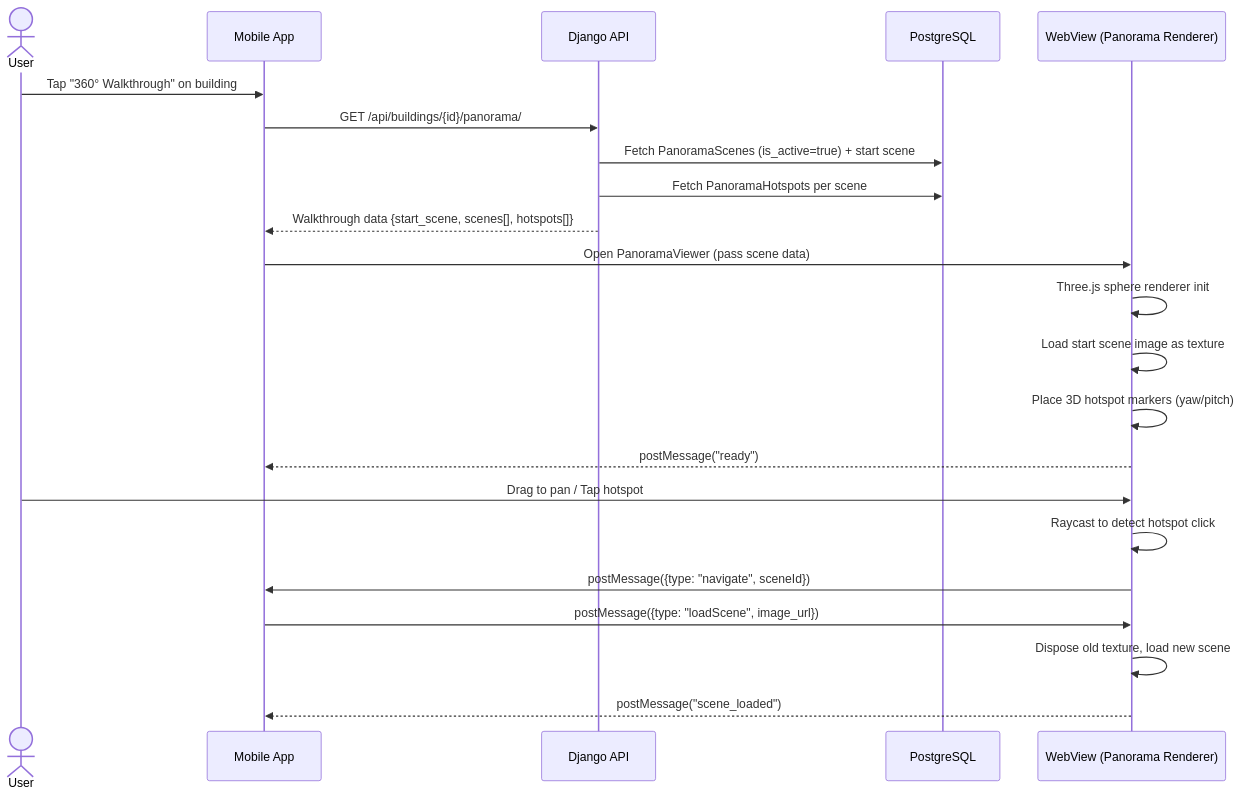
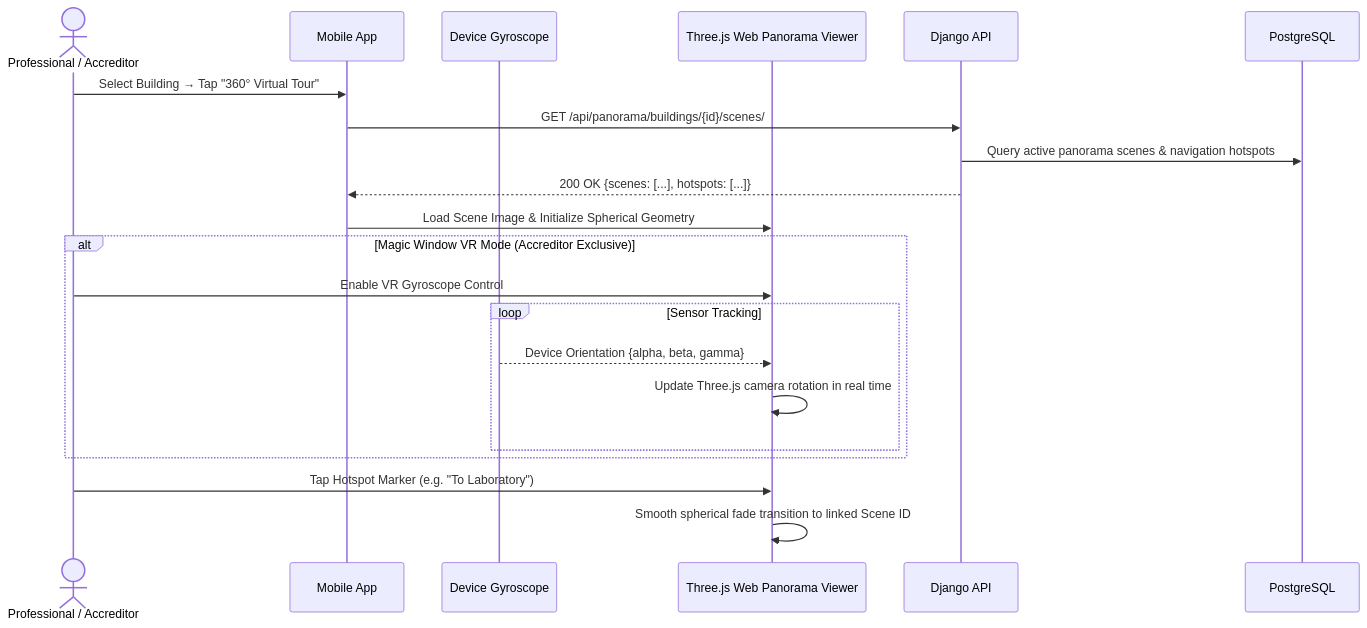
Before and after one commit to Cipher-Syntax/ARQuest: the fifth of 8 diagrams in data-flow.md, drawn with Mermaid. The commit also changed other lines of this file and 10 other files, not shown here.

Commit message:
feat(web): redesign Admin Dashboard with real-time KPIs, foot traffic charts, and content coverage; synchronize all 9 system architecture docs

````diff
--- a/data-flow.md
+++ b/data-flow.md
@@ -167,27 +140,26 @@
 ```mermaid
 sequenceDiagram
-    actor User
+    actor Accreditor as Professional / Accreditor
     participant App as Mobile App
+    participant Gyro as Device Gyroscope
+    participant ThreeJS as Three.js Web Panorama Viewer
     participant API as Django API
     participant DB as PostgreSQL
-    participant WebView as WebView (Panorama Renderer)
 
-    User->>App: Tap "360° Walkthrough" on building
-    App->>API: GET /api/buildings/{id}/panorama/
-    API->>DB: Fetch PanoramaScenes (is_active=true) + start scene
-    API->>DB: Fetch PanoramaHotspots per scene
-    API-->>App: Walkthrough data {start_scene, scenes[], hotspots[]}
+    Accreditor->>App: Select Building → Tap "360° Virtual Tour"
+    App->>API: GET /api/panorama/buildings/{id}/scenes/
+    API->>DB: Query active panorama scenes & navigation hotspots
+    API-->>App: 200 OK {scenes: [...], hotspots: [...]}
+    App->>ThreeJS: Load Scene Image & Initialize Spherical Geometry
 
-    App->>WebView: Open PanoramaViewer (pass scene data)
-    WebView->>WebView: Three.js sphere renderer init
-    WebView->>WebView: Load start scene image as texture
-    WebView->>WebView: Place 3D hotspot markers (yaw/pitch)
-    WebView-->>App: postMessage("ready")
+    alt Magic Window VR Mode (Accreditor Exclusive)
+        Accreditor->>ThreeJS: Enable VR Gyroscope Control
+        loop Sensor Tracking
+            Gyro-->>ThreeJS: Device Orientation {alpha, beta, gamma}
+            ThreeJS->>ThreeJS: Update Three.js camera rotation in real time
+        end
+    end
 
-    User->>WebView: Drag to pan / Tap hotspot
-    WebView->>WebView: Raycast to detect hotspot click
-    WebView->>App: postMessage({type: "navigate", sceneId})
-    App->>WebView: postMessage({type: "loadScene", image_url})
-    WebView->>WebView: Dispose old texture, load new scene
-    WebView-->>App: postMessage("scene_loaded")
+    Accreditor->>ThreeJS: Tap Hotspot Marker (e.g. "To Laboratory")
+    ThreeJS->>ThreeJS: Smooth spherical fade transition to linked Scene ID
 ```
````
